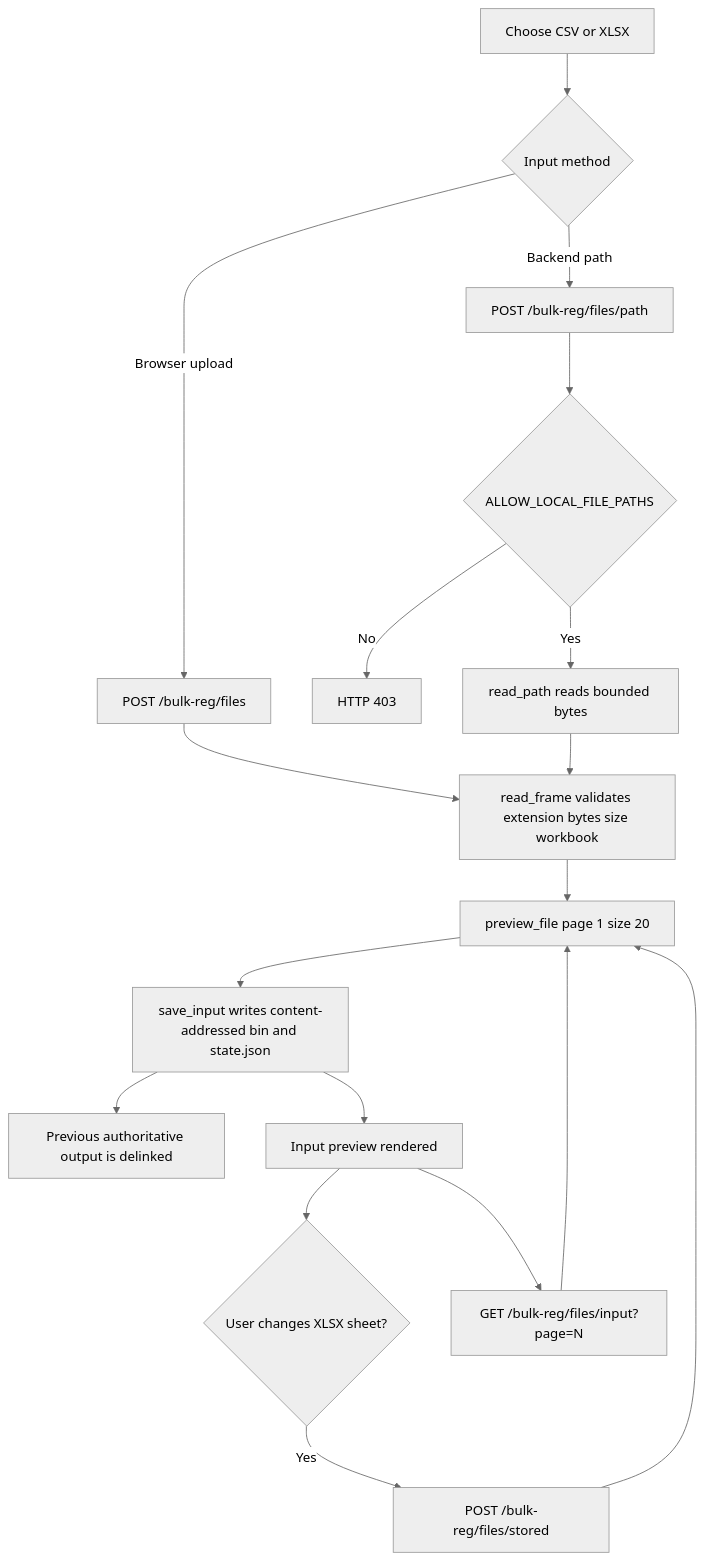
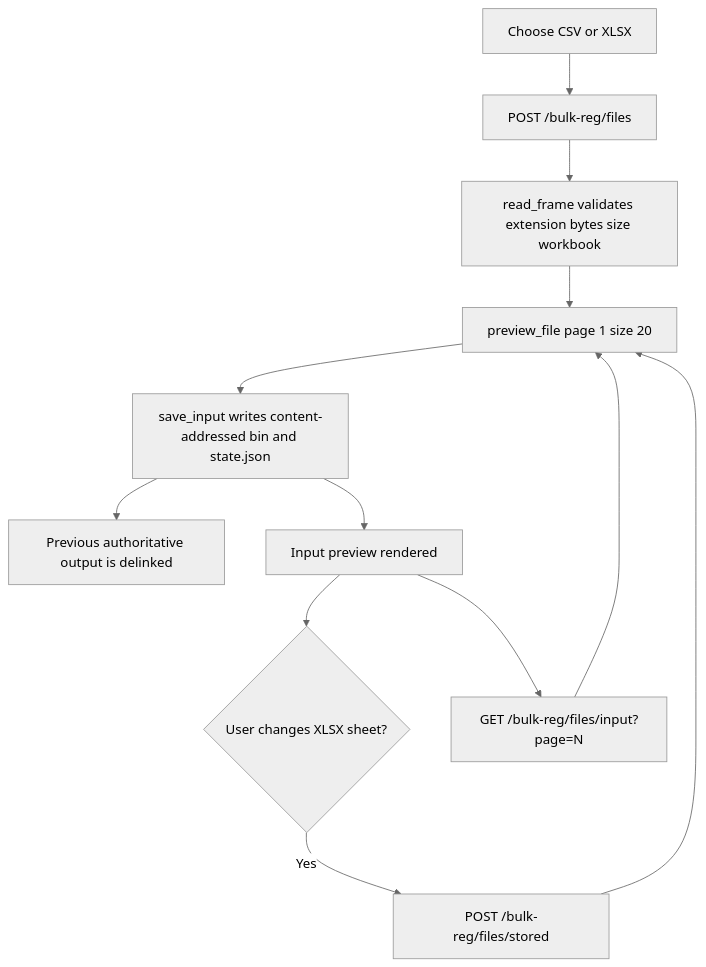
Before and after one commit to shivamMittal088816/python-automation: the fourth of 10 diagrams in backend/docs/BULK_REGISTRATION.md, drawn with Mermaid (neutral theme). The commit also changed other lines of this file and 35 other files, not shown here.

````diff
--- a/backend/docs/BULK_REGISTRATION.md
+++ b/backend/docs/BULK_REGISTRATION.md
@@ -335,20 +332,14 @@
 ```mermaid
 flowchart TD
-    Start[Choose CSV or XLSX] --> Source{Input method}
-    Source -->|Browser upload| Upload[POST /bulk-reg/files]
-    Source -->|Backend path| Path[POST /bulk-reg/files/path]
+    Start[Choose CSV or XLSX] --> Upload[POST /bulk-reg/files]
     Upload --> Validate[read_frame validates extension bytes size workbook]
-    Path --> Enabled{ALLOW_LOCAL_FILE_PATHS}
-    Enabled -->|No| Forbidden[HTTP 403]
-    Enabled -->|Yes| ReadPath[read_path reads bounded bytes]
-    ReadPath --> Validate
     Validate --> Preview[preview_file page 1 size 20]
     Preview --> Save[save_input writes content-addressed bin and state.json]
     Save --> Clear[Previous authoritative output is delinked]
     Save --> UI[Input preview rendered]
     UI --> Sheet{User changes XLSX sheet?}
     Sheet -->|Yes| Stored[POST /bulk-reg/files/stored]
     Stored --> Preview
     UI --> Page[GET /bulk-reg/files/input?page=N]
     Page --> Preview
 ```
````
